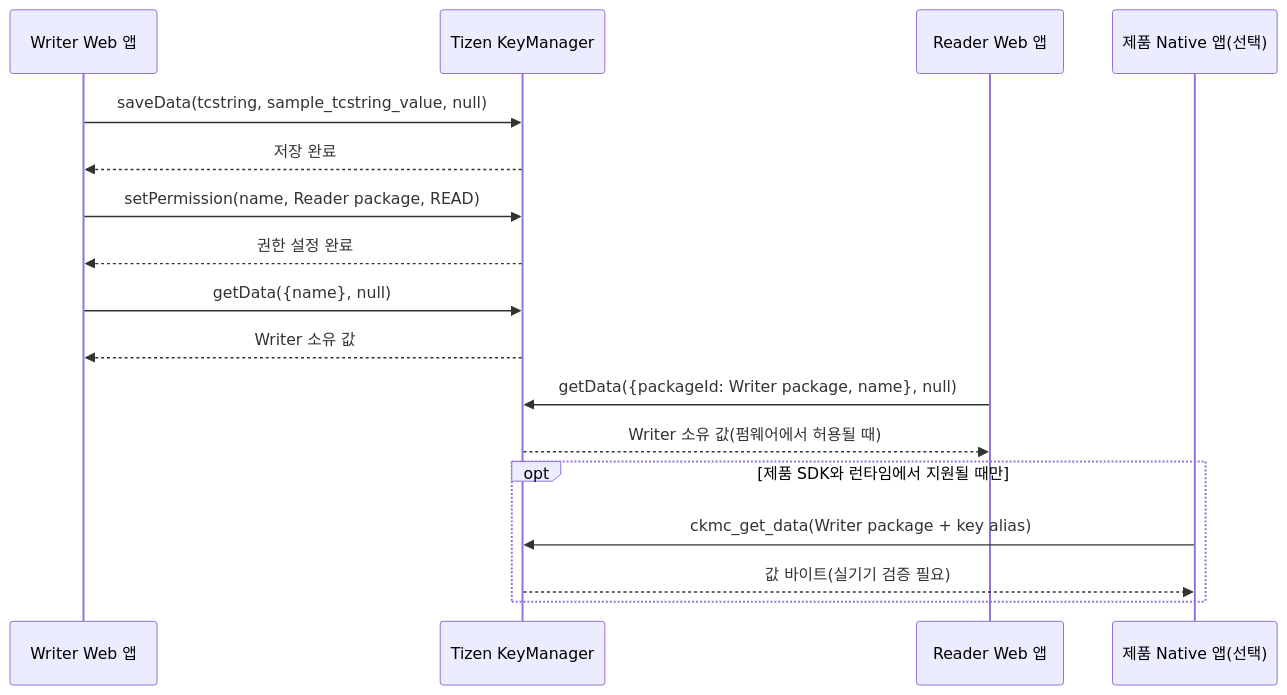
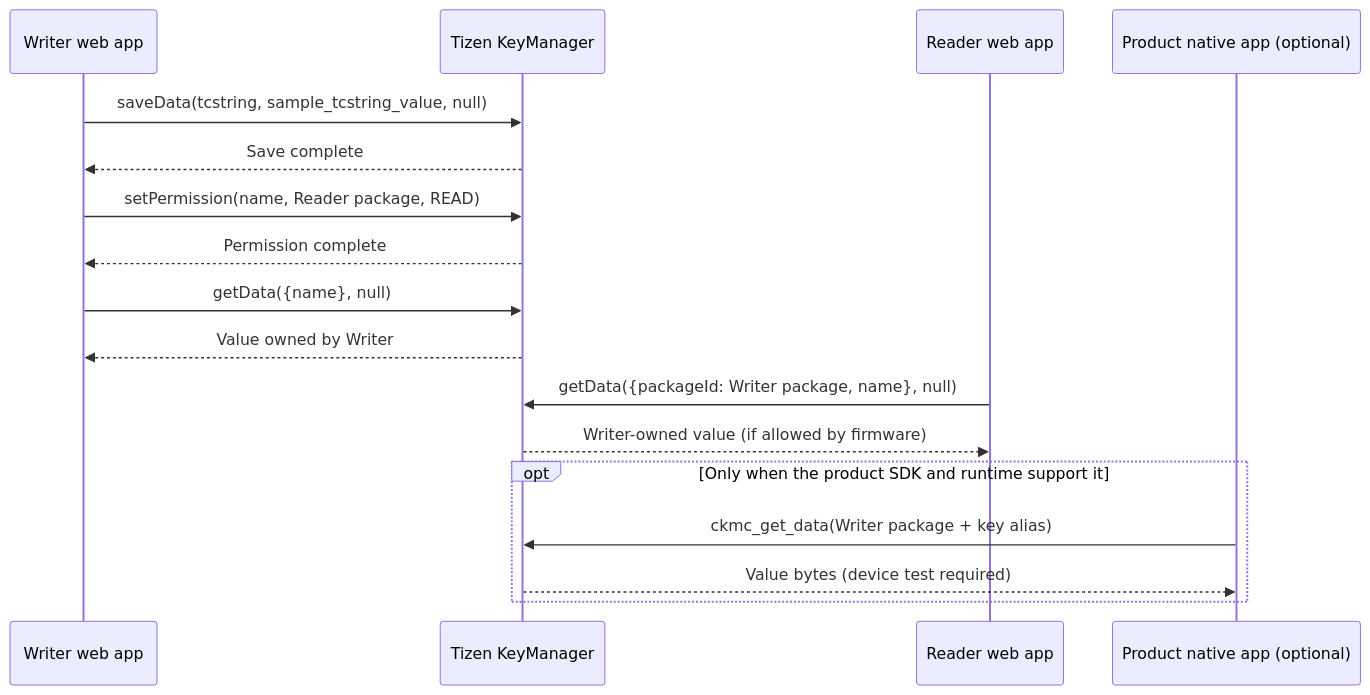
Before and after one commit to Readiz/tizen-keymanager-samples: the diagram in docs/GUIDE.md, drawn with Mermaid. The commit also changed other lines of this file and 11 other files, not shown here.

````diff
--- a/docs/GUIDE.md
+++ b/docs/GUIDE.md
@@ -7,19 +11,19 @@
 ```mermaid
 sequenceDiagram
-    participant W as Writer Web 앱
+    participant W as Writer web app
     participant K as Tizen KeyManager
-    participant R as Reader Web 앱
-    participant N as 제품 Native 앱(선택)
+    participant R as Reader web app
+    participant N as Product native app (optional)
     W->>K: saveData(tcstring, sample_tcstring_value, null)
-    K-->>W: 저장 완료
+    K-->>W: Save complete
     W->>K: setPermission(name, Reader package, READ)
-    K-->>W: 권한 설정 완료
+    K-->>W: Permission complete
     W->>K: getData({name}, null)
-    K-->>W: Writer 소유 값
+    K-->>W: Value owned by Writer
     R->>K: getData({packageId: Writer package, name}, null)
-    K-->>R: Writer 소유 값(펌웨어에서 허용될 때)
-    opt 제품 SDK와 런타임에서 지원될 때만
+    K-->>R: Writer-owned value (if allowed by firmware)
+    opt Only when the product SDK and runtime support it
       N->>K: ckmc_get_data(Writer package + key alias)
-      K-->>N: 값 바이트(실기기 검증 필요)
+      K-->>N: Value bytes (device test required)
     end
 ```
````
